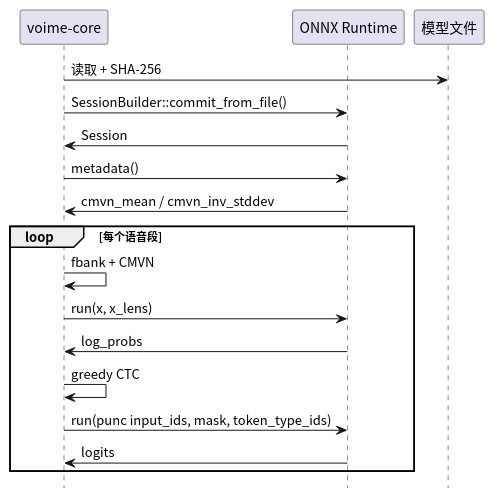
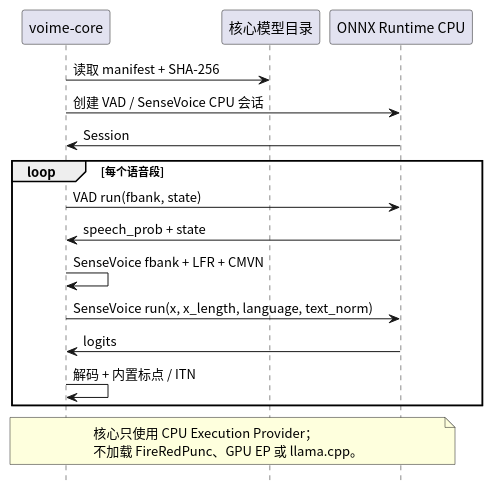
Before and after one commit to 54m43lJ/voime: the diagram in crates/voime-core/diagram/inference-boundary.puml, drawn with PlantUML. The commit also changed 72 other files, not shown here.

```diff
--- a/crates/voime-core/diagram/inference-boundary.puml
+++ b/crates/voime-core/diagram/inference-boundary.puml
@@ -1,24 +1,27 @@
 @startuml
 skinparam defaultFontName "Noto Sans CJK SC"
 skinparam shadowing false
 hide footbox
 
 participant "voime-core" as Core
-participant "ONNX Runtime" as Ort
-participant "模型文件" as Model
+participant "核心模型目录" as Models
+participant "ONNX Runtime CPU" as Ort
 
-Core -> Model : 读取 + SHA-256
-Core -> Ort : SessionBuilder::commit_from_file()
+Core -> Models : 读取 manifest + SHA-256
+Core -> Ort : 创建 VAD / SenseVoice CPU 会话
 Ort -> Core : Session
-Core -> Ort : metadata()
-Ort -> Core : cmvn_mean / cmvn_inv_stddev
 
 loop 每个语音段
-  Core -> Core : fbank + CMVN
-  Core -> Ort : run(x, x_lens)
-  Ort -> Core : log_probs
-  Core -> Core : greedy CTC
-  Core -> Ort : run(punc input_ids, mask, token_type_ids)
+  Core -> Ort : VAD run(fbank, state)
+  Ort -> Core : speech_prob + state
+  Core -> Core : SenseVoice fbank + LFR + CMVN
+  Core -> Ort : SenseVoice run(x, x_length, language, text_norm)
   Ort -> Core : logits
+  Core -> Core : 解码 + 内置标点 / ITN
 end
+
+note over Core, Ort
+  核心只使用 CPU Execution Provider；
+  不加载 FireRedPunc、GPU EP 或 llama.cpp。
+end note
 @enduml
```
